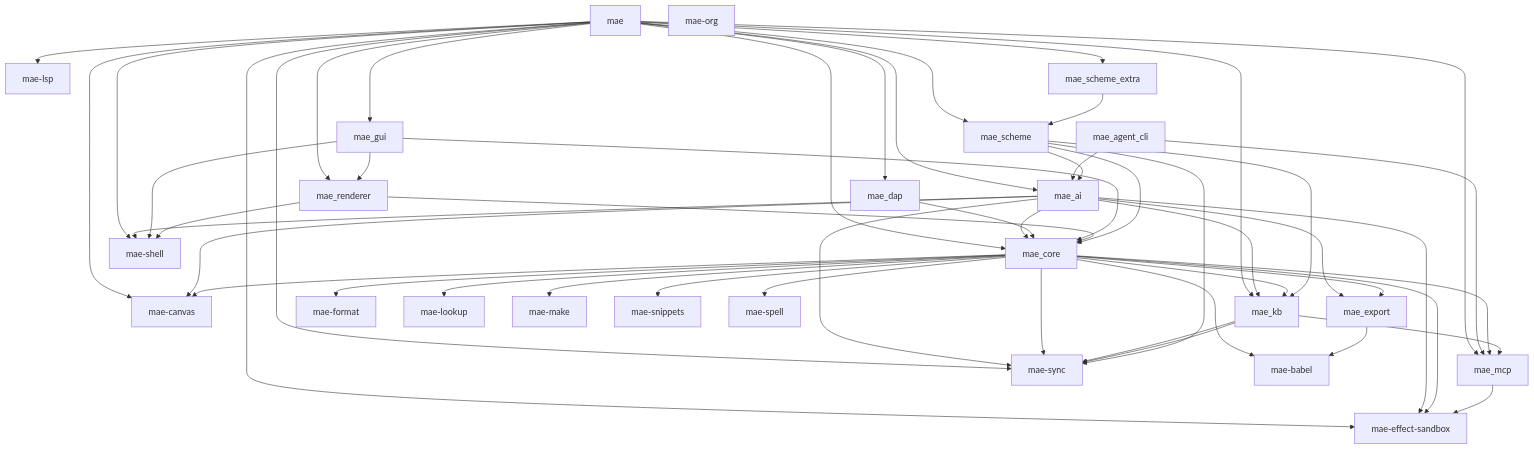
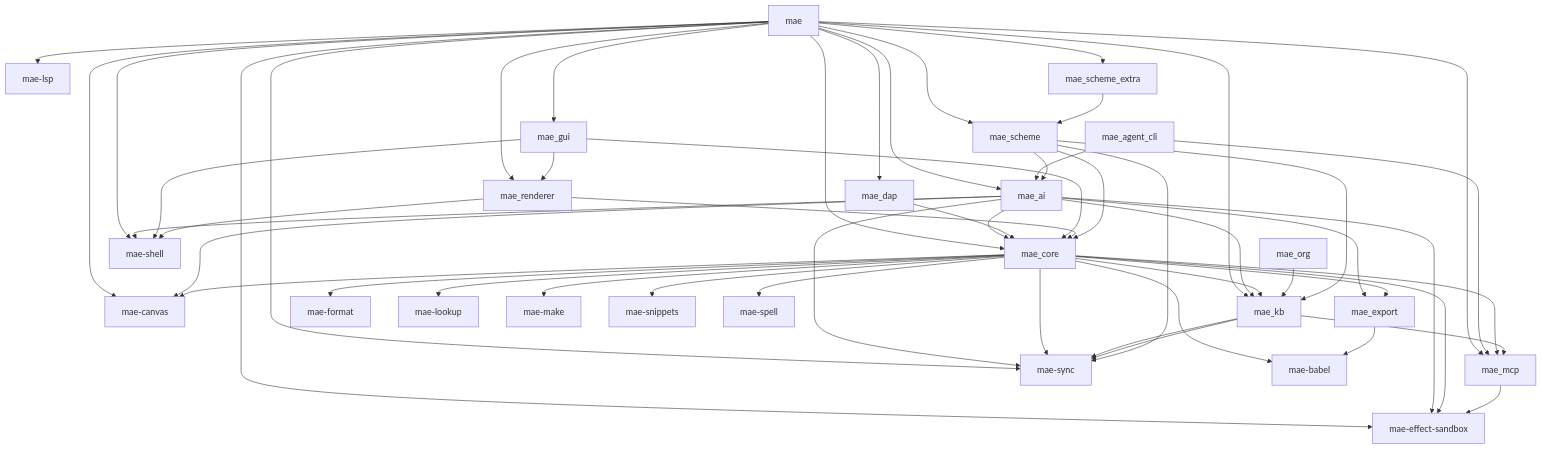
The diagram in docs/CODE_MAP.md (cuttlefisch/mae), drawn with Mermaid before and after one commit. The commit also changed 5 other files, not shown here.

First line of the commit message:
test(org): semantics differential against mae-kb's org parser

````diff
--- a/docs/CODE_MAP.md
+++ b/docs/CODE_MAP.md
@@ -7,66 +7,66 @@
 ```mermaid
 graph TD
     mae --> mae_ai
     mae --> mae_canvas
     mae --> mae_core
     mae --> mae_dap
     mae --> mae_effect_sandbox
     mae --> mae_gui
     mae --> mae_kb
     mae --> mae_lsp
     mae --> mae_mcp
     mae --> mae_renderer
     mae --> mae_scheme
     mae --> mae_scheme_extra
     mae --> mae_shell
     mae --> mae_sync
     mae_agent_cli --> mae_ai
     mae_agent_cli --> mae_mcp
     mae_ai --> mae_canvas
     mae_ai --> mae_core
     mae_ai --> mae_effect_sandbox
     mae_ai --> mae_export
     mae_ai --> mae_kb
     mae_ai --> mae_shell
     mae_ai --> mae_sync
     mae_babel[mae-babel]
     mae_canvas[mae-canvas]
     mae_core --> mae_babel
     mae_core --> mae_canvas
     mae_core --> mae_effect_sandbox
     mae_core --> mae_export
     mae_core --> mae_format
     mae_core --> mae_kb
     mae_core --> mae_lookup
     mae_core --> mae_make
     mae_core --> mae_snippets
     mae_core --> mae_spell
     mae_core --> mae_sync
     mae_core --> mae_mcp
     mae_dap --> mae_core
     mae_effect_sandbox[mae-effect-sandbox]
     mae_export --> mae_babel
     mae_format[mae-format]
     mae_gui --> mae_core
     mae_gui --> mae_renderer
     mae_gui --> mae_shell
     mae_kb --> mae_mcp
     mae_kb --> mae_sync
     mae_kb --> mae_sync
     mae_lookup[mae-lookup]
     mae_lsp[mae-lsp]
     mae_make[mae-make]
     mae_mcp --> mae_effect_sandbox
-    mae_org[mae-org]
+    mae_org --> mae_kb
     mae_renderer --> mae_core
     mae_renderer --> mae_shell
     mae_scheme --> mae_ai
     mae_scheme --> mae_core
     mae_scheme --> mae_kb
     mae_scheme --> mae_sync
     mae_scheme_extra --> mae_scheme
     mae_shell[mae-shell]
     mae_snippets[mae-snippets]
     mae_spell[mae-spell]
     mae_sync[mae-sync]
 ```
````
